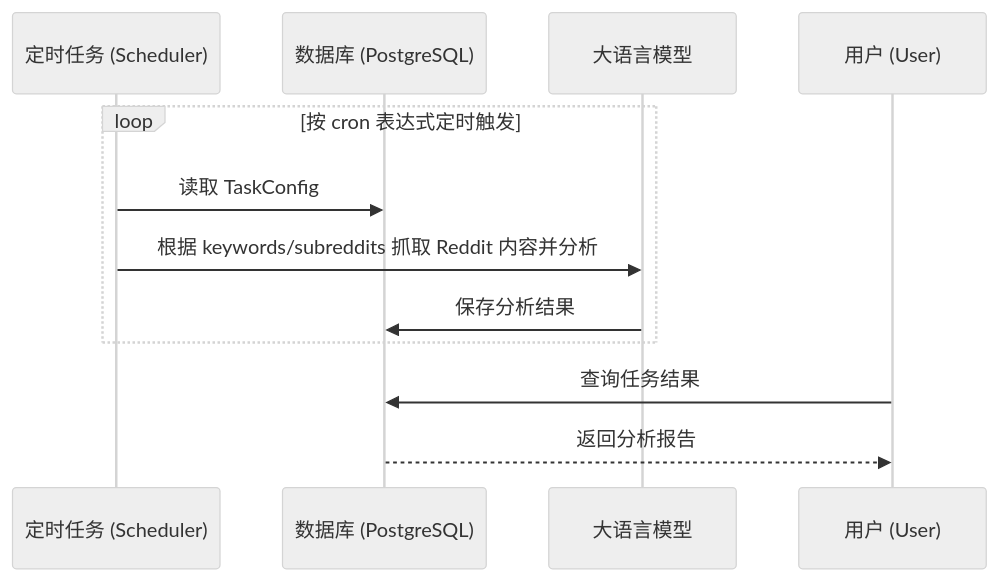
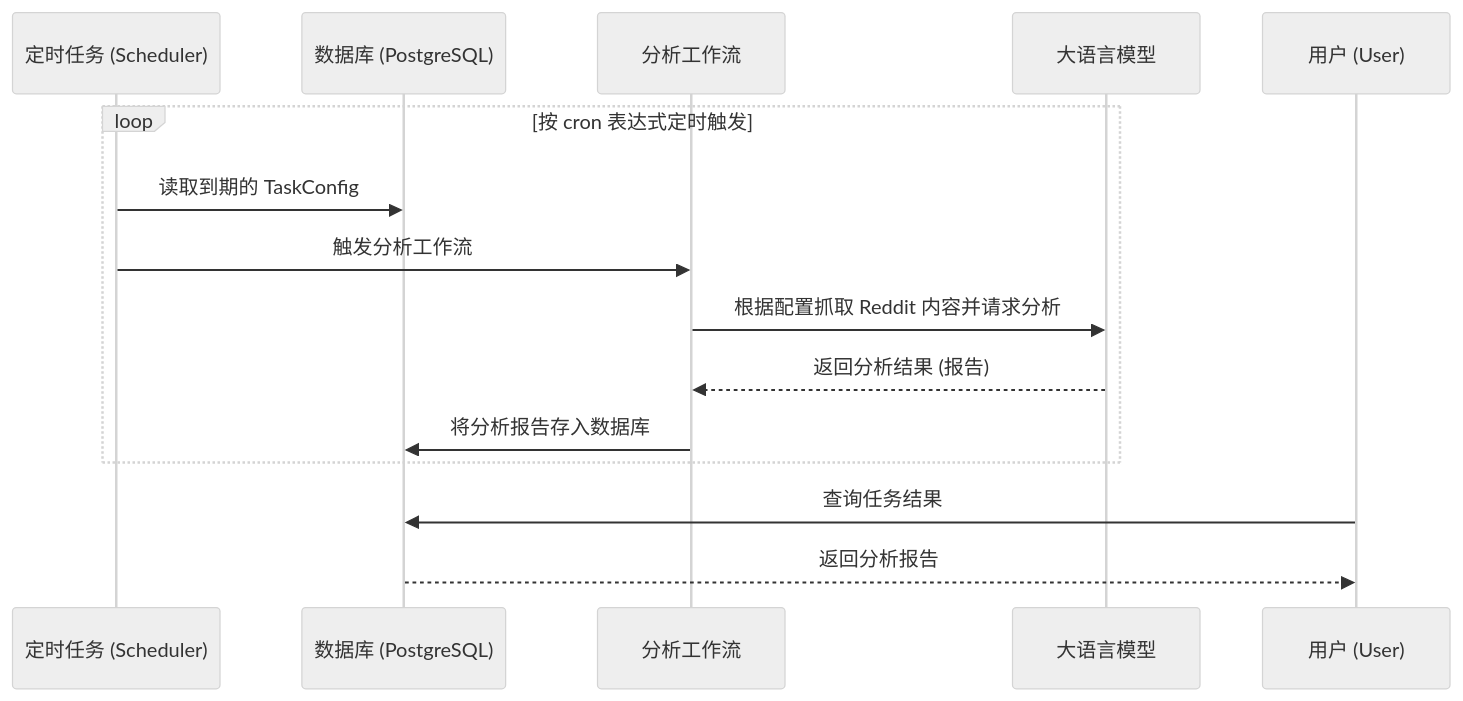
Before and after one commit to JinJieBeWater/redgent: the third of 4 diagrams in README.md, drawn with Mermaid (neutral theme). The commit also changed other lines of this file and 3 other files, not shown here.

````diff
--- a/README.md
+++ b/README.md
@@ -128,16 +174,19 @@
 ```mermaid
 sequenceDiagram
     participant SCH as 定时任务 (Scheduler)
     participant DB as 数据库 (PostgreSQL)
+    participant WF as 分析工作流
     participant LLM as 大语言模型
     participant U as 用户 (User)
 
     loop 按 cron 表达式定时触发
-        SCH->>DB: 读取 TaskConfig
-        SCH->>LLM: 根据 keywords/subreddits 抓取 Reddit 内容并分析
-        LLM->>DB: 保存分析结果
+        SCH->>DB: 读取到期的 TaskConfig
+        SCH->>WF: 触发分析工作流
+        WF->>LLM: 根据配置抓取 Reddit 内容并请求分析
+        LLM-->>WF: 返回分析结果 (报告)
+        WF->>DB: 将分析报告存入数据库
     end
 
     U->>DB: 查询任务结果
     DB-->>U: 返回分析报告
 ```
````
